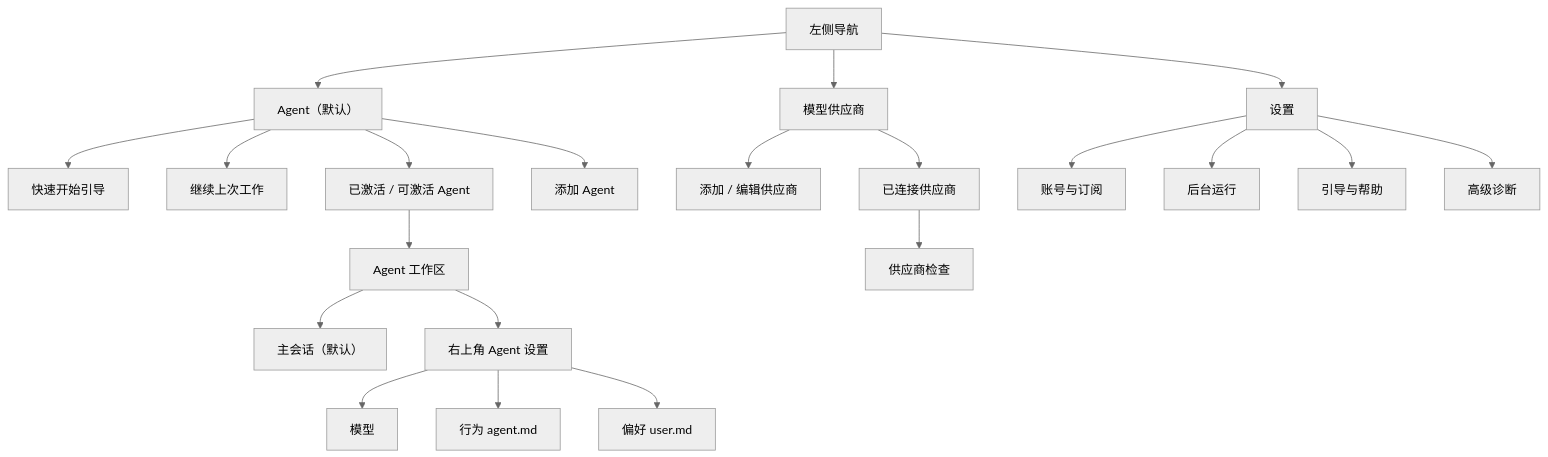
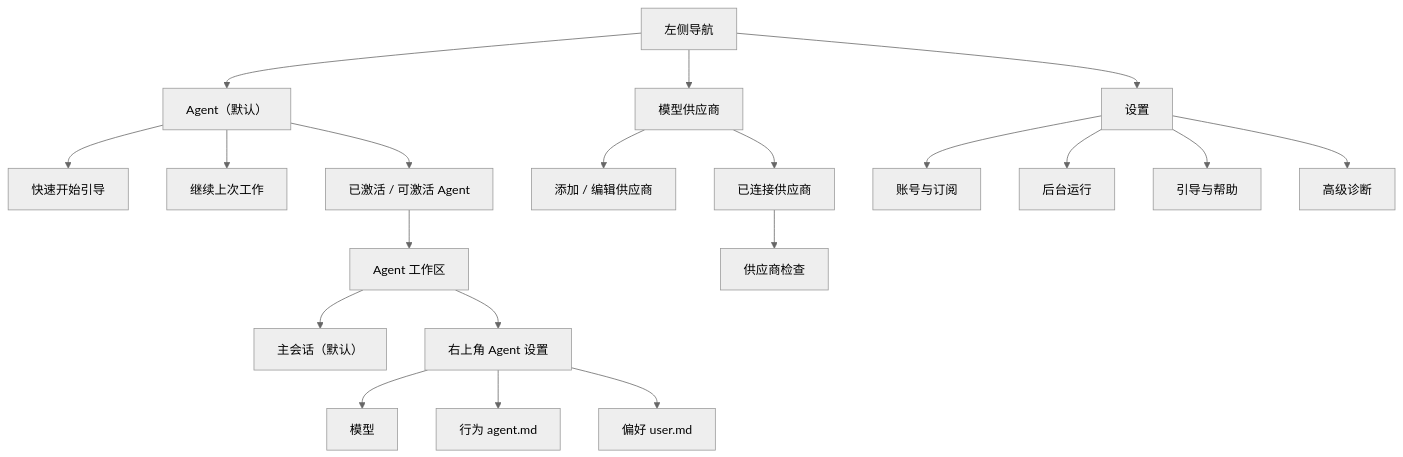
One commit to jiyangnan/AgentMesh360-Client changed the diagram in docs/architecture/CLIENT_INFORMATION_ARCHITECTURE_V1.md. Above: the diagram before and after it, drawn with Mermaid (neutral theme). The commit also changed other lines of this file and 19 other files, not shown here.

````diff
--- a/docs/architecture/CLIENT_INFORMATION_ARCHITECTURE_V1.md
+++ b/docs/architecture/CLIENT_INFORMATION_ARCHITECTURE_V1.md
@@ -27,26 +28,25 @@
 ```mermaid
 flowchart TD
     NAV["左侧导航"] --> AGENTS["Agent（默认）"]
     NAV --> PROVIDERS["模型供应商"]
     NAV --> SETTINGS["设置"]
 
     AGENTS --> GUIDE["快速开始引导"]
     AGENTS --> RESUME["继续上次工作"]
     AGENTS --> LIST["已激活 / 可激活 Agent"]
-    AGENTS --> ADD["添加 Agent"]
     LIST --> WORKSPACE["Agent 工作区"]
     WORKSPACE --> CHAT["主会话（默认）"]
     WORKSPACE --> GEAR["右上角 Agent 设置"]
     GEAR --> MODEL["模型"]
     GEAR --> AGENT_MD["行为 agent.md"]
     GEAR --> USER_MD["偏好 user.md"]
 
     PROVIDERS --> CONNECT["添加 / 编辑供应商"]
     PROVIDERS --> SAVED["已连接供应商"]
     SAVED --> PROBE["供应商检查"]
 
     SETTINGS --> ACCOUNT["账号与订阅"]
     SETTINGS --> BACKGROUND["后台运行"]
     SETTINGS --> HELP["引导与帮助"]
     SETTINGS --> DIAGNOSTICS["高级诊断"]
 ```
````
